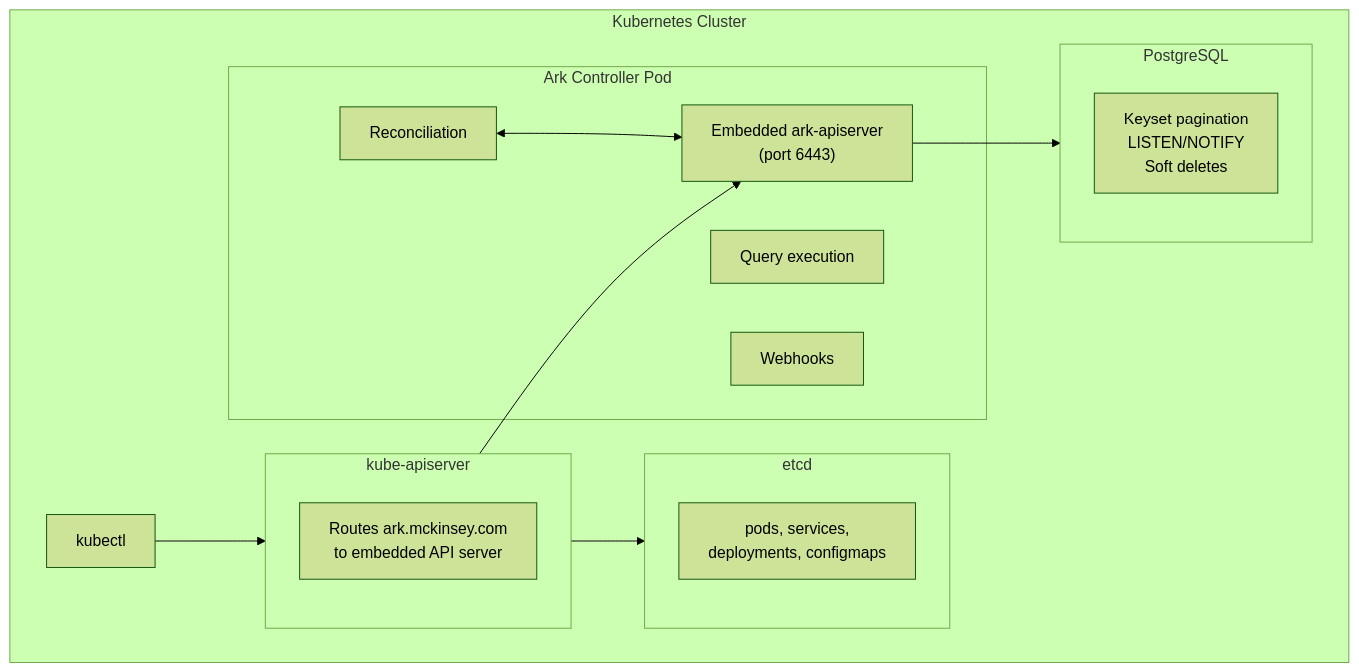
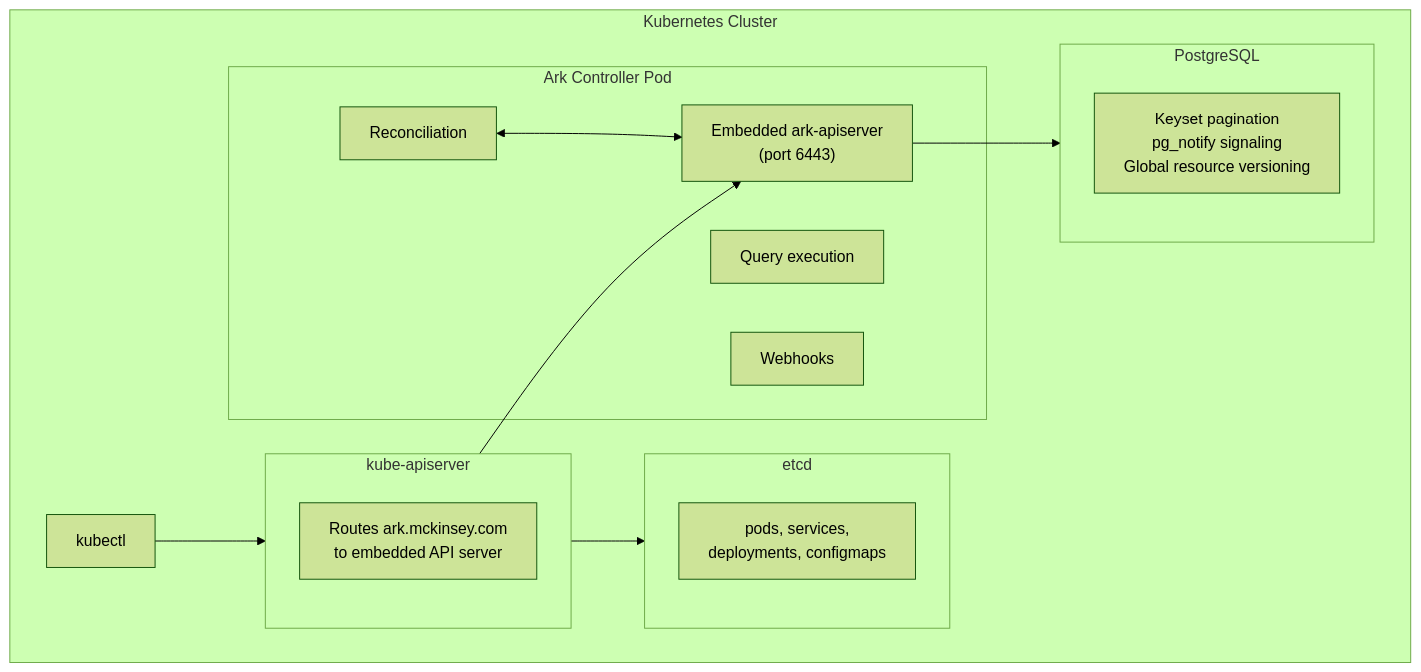
Before and after one commit to mckinsey/agents-at-scale-ark: the fourth of 4 diagrams in docs/content/reference/core-architecture.mdx, drawn with Mermaid (forest theme). The commit also changed other lines of this file, not shown here.

First line of the commit message:
docs: update postgresql architecture with watch pipeline and multi-replica setup

````diff
--- a/docs/content/reference/core-architecture.mdx
+++ b/docs/content/reference/core-architecture.mdx
@@ -178,31 +194,31 @@
 ```mermaid
 flowchart TB
     subgraph cluster["Kubernetes Cluster"]
         kubectl["kubectl"]
 
         subgraph apiserver["kube-apiserver"]
             api_desc["Routes ark.mckinsey.com<br/>to embedded API server"]
         end
 
         subgraph controller["Ark Controller Pod"]
             ctrl_reconcile["Reconciliation"]
             ctrl_query["Query execution"]
             ctrl_webhook["Webhooks"]
             embedded_api["Embedded ark-apiserver<br/>(port 6443)"]
         end
 
         subgraph etcd_box["etcd"]
             etcd_k8s["pods, services,<br/>deployments, configmaps"]
         end
 
         subgraph postgres["PostgreSQL"]
-            pg_features["Keyset pagination<br/>LISTEN/NOTIFY<br/>Soft deletes"]
+            pg_features["Keyset pagination<br/>pg_notify signaling<br/>Global resource versioning"]
         end
 
         kubectl --> apiserver
         apiserver --> etcd_box
         apiserver --> embedded_api
         embedded_api --> postgres
         ctrl_reconcile <--> embedded_api
     end
 ```
````
